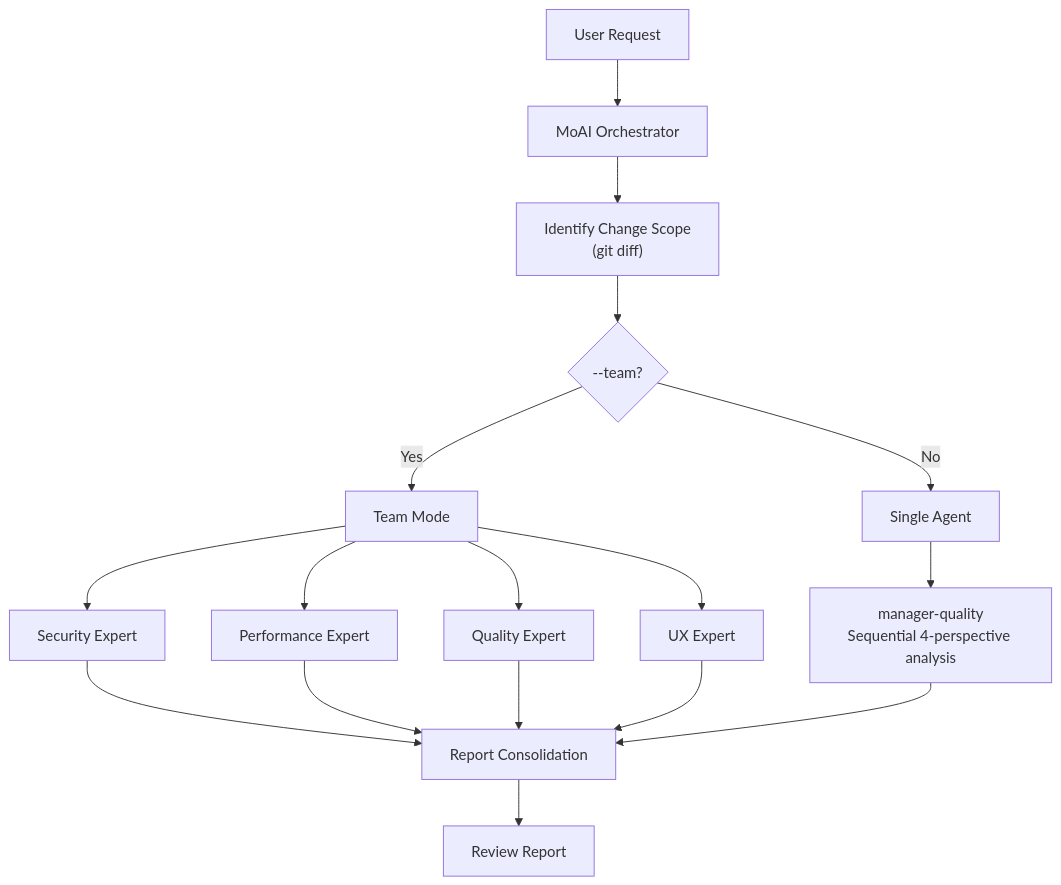
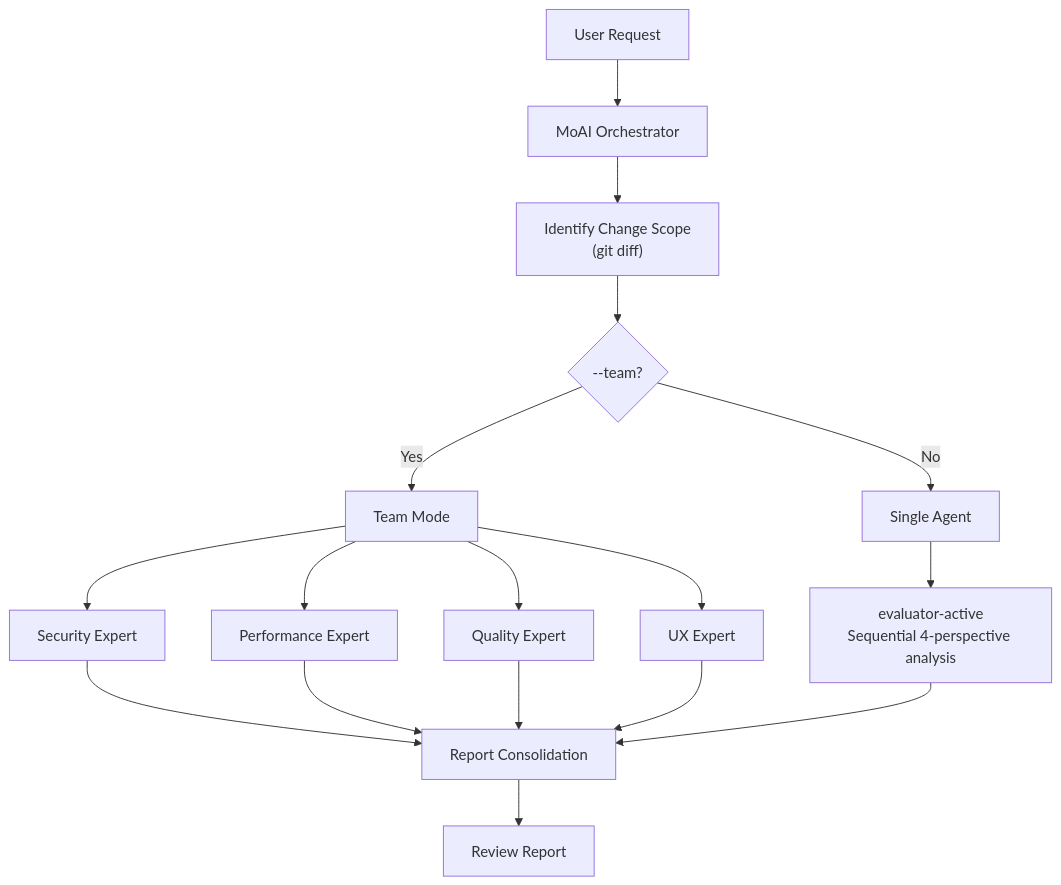
The second of 2 diagrams in docs-site/content/en/quality-commands/moai-review.md (modu-ai/moai-adk), drawn with Mermaid before and after one commit. The commit also changed other lines of this file and 153 other files, not shown here.

````diff
--- a/docs-site/content/en/quality-commands/moai-review.md
+++ b/docs-site/content/en/quality-commands/moai-review.md
@@ -223,24 +223,24 @@
 ```mermaid
 flowchart TD
     User["User Request"] --> MoAI["MoAI Orchestrator"]
     MoAI --> Identify["Identify Change Scope<br/>(git diff)"]
     Identify --> Agent{"--team?"}
 
     Agent -->|Yes| Team["Team Mode"]
     Agent -->|No| Single["Single Agent"]
 
     Team --> R1["Security Expert"]
     Team --> R2["Performance Expert"]
     Team --> R3["Quality Expert"]
     Team --> R4["UX Expert"]
 
-    Single --> Quality["manager-quality<br/>Sequential 4-perspective analysis"]
+    Single --> Quality["evaluator-active<br/>Sequential 4-perspective analysis"]
 
     R1 --> Consolidate["Report Consolidation"]
     R2 --> Consolidate
     R3 --> Consolidate
     R4 --> Consolidate
     Quality --> Consolidate
 
     Consolidate --> Report["Review Report"]
 ```
````
